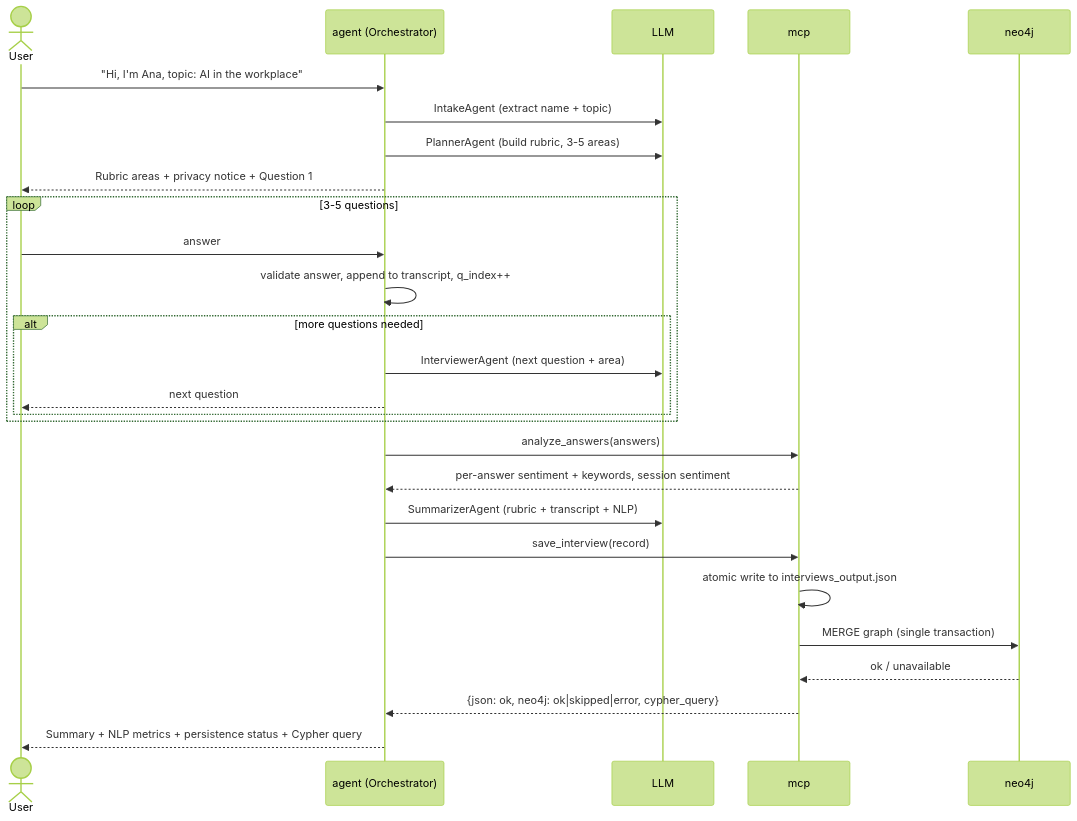
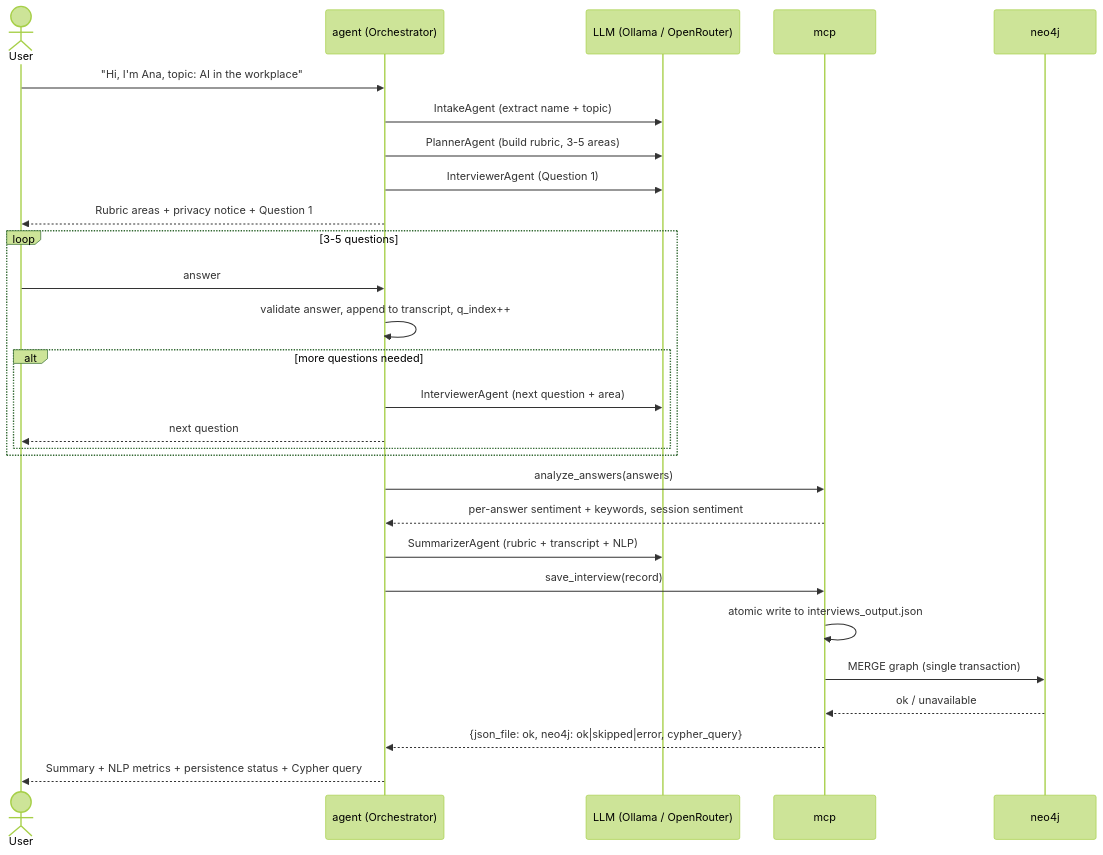
One commit to GrigorasVictor/ai-interviewer changed the second of 2 diagrams in .agents/ARCHITECTURE.md. Above: the diagram before and after it, drawn with Mermaid (forest theme). The commit also changed other lines of this file and 27 other files, not shown here.

````diff
--- a/.agents/ARCHITECTURE.md
+++ b/.agents/ARCHITECTURE.md
@@ -71,30 +71,31 @@
 ```mermaid
 sequenceDiagram
     actor User
     participant AG as agent (Orchestrator)
-    participant LLM as LLM
+    participant LLM as LLM (Ollama / OpenRouter)
     participant MC as mcp
     participant NJ as neo4j
 
     User->>AG: "Hi, I'm Ana, topic: AI in the workplace"
     AG->>LLM: IntakeAgent (extract name + topic)
     AG->>LLM: PlannerAgent (build rubric, 3-5 areas)
+    AG->>LLM: InterviewerAgent (Question 1)
     AG-->>User: Rubric areas + privacy notice + Question 1
     loop 3-5 questions
         User->>AG: answer
         AG->>AG: validate answer, append to transcript, q_index++
         alt more questions needed
             AG->>LLM: InterviewerAgent (next question + area)
             AG-->>User: next question
         end
     end
     AG->>MC: analyze_answers(answers)
     MC-->>AG: per-answer sentiment + keywords, session sentiment
     AG->>LLM: SummarizerAgent (rubric + transcript + NLP)
     AG->>MC: save_interview(record)
     MC->>MC: atomic write to interviews_output.json
     MC->>NJ: MERGE graph (single transaction)
     NJ-->>MC: ok / unavailable
-    MC-->>AG: {json: ok, neo4j: ok|skipped|error, cypher_query}
+    MC-->>AG: {json_file: ok, neo4j: ok|skipped|error, cypher_query}
     AG-->>User: Summary + NLP metrics + persistence status + Cypher query
 ```
````
